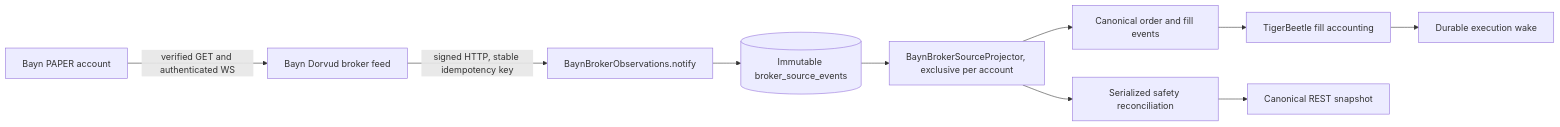
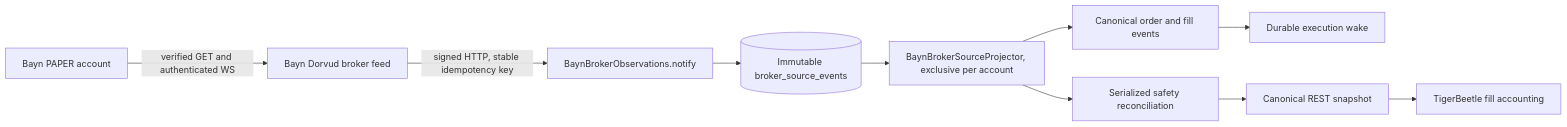
The diagram in argocd/applications/bayn/README.md (proompteng/lab), drawn with Mermaid before and after one commit. The commit also changed other lines of this file and 13 other files, not shown here.

````diff
--- a/argocd/applications/bayn/README.md
+++ b/argocd/applications/bayn/README.md
@@ -31,12 +31,12 @@
 ```mermaid
 flowchart LR
   Alpaca[Bayn PAPER account] -->|verified GET and authenticated WS| Dorvud[Bayn Dorvud broker feed]
   Dorvud -->|signed HTTP, stable idempotency key| Notify[BaynBrokerObservations.notify]
   Notify --> Ledger[(Immutable broker_source_events)]
   Ledger --> Project[BaynBrokerSourceProjector, exclusive per account]
   Project --> Order[Canonical order and fill events]
-  Order --> Accounting[TigerBeetle fill accounting]
-  Accounting --> Wake[Durable execution wake]
+  Order --> Wake[Durable execution wake]
   Project --> Reconcile[Serialized safety reconciliation]
   Reconcile --> Snapshot[Canonical REST snapshot]
+  Snapshot --> Accounting[TigerBeetle fill accounting]
 ```
````
